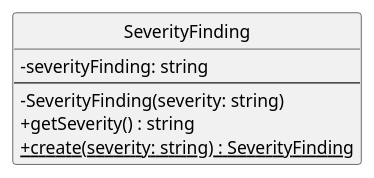
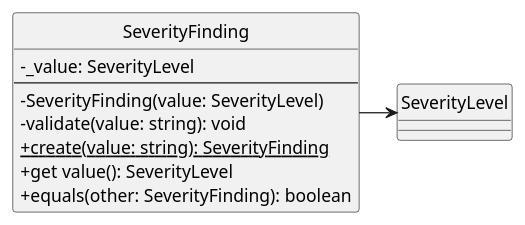
Before and after one commit to SkarabGroup/DocumentazioneProgetto: the diagram in assets/st_diagrams/code/plantuml/analysis/domain/valueObjects/severityFinding.vo.plantuml, drawn with PlantUML. The commit also changed 88 other files, not shown here.

```diff
--- a/assets/st_diagrams/code/plantuml/analysis/domain/valueObjects/severityFinding.vo.plantuml
+++ b/assets/st_diagrams/code/plantuml/analysis/domain/valueObjects/severityFinding.vo.plantuml
@@ -1,18 +1,20 @@
 @startuml SeverityFinding
-
 skinparam componentStyle uml2.5
 skinparam linetype ortho
-skinparam nodesep auto
-skinparam ranksep 70
+skinparam nodesep 30
+skinparam ranksep 30
 skinparam ClassAttributeIconSize 0
 hide circles
 
 class SeverityFinding {
-    - severityFinding: string
+    - _value: SeverityLevel
     ---
-    - SeverityFinding(severity: string)
-    + getSeverity() : string
-    + {static} create(severity: string) : SeverityFinding
+    - SeverityFinding(value: SeverityLevel)
+    - validate(value: string): void
+    + {static} create(value: string): SeverityFinding
+    + get value(): SeverityLevel
+    + equals(other: SeverityFinding): boolean
 }
 
+SeverityFinding --right-> SeverityLevel
 @enduml
```
